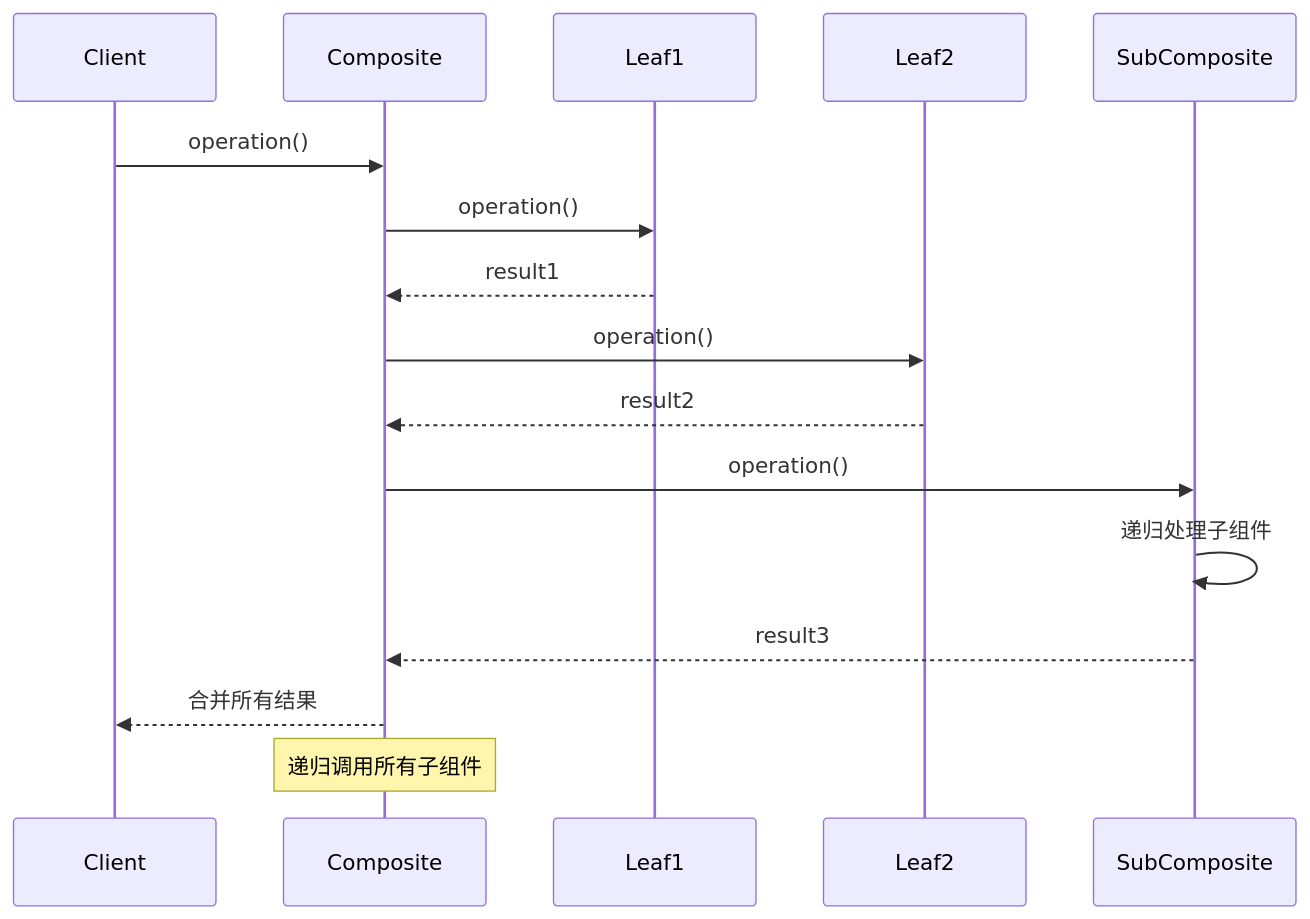
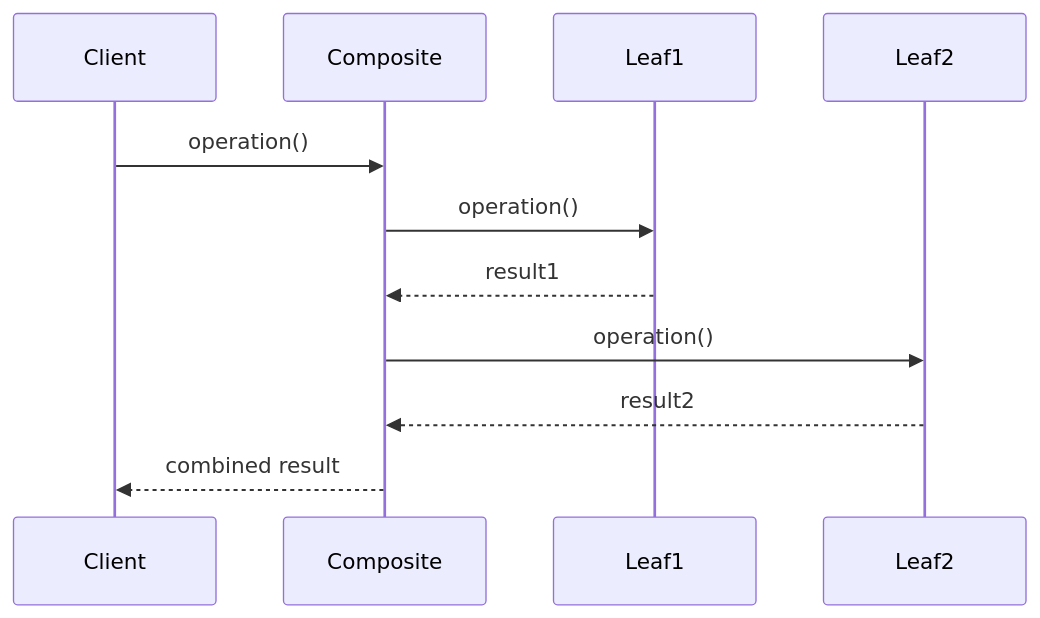
The second of 2 diagrams in resources/design-patterns/laravel/structural/composite_zh.md (fanly/DesignPattern), drawn with Mermaid before and after one commit. The commit also changed other lines of this file and 103 other files, not shown here.

````diff
--- a/resources/design-patterns/laravel/structural/composite_zh.md
+++ b/resources/design-patterns/laravel/structural/composite_zh.md
@@ -95,20 +630,14 @@
 ```mermaid
 sequenceDiagram
     participant Client
     participant Composite
     participant Leaf1
     participant Leaf2
-    participant SubComposite
     
     Client->>Composite: operation()
     Composite->>Leaf1: operation()
     Leaf1-->>Composite: result1
     Composite->>Leaf2: operation()
     Leaf2-->>Composite: result2
-    Composite->>SubComposite: operation()
-    SubComposite->>SubComposite: 递归处理子组件
-    SubComposite-->>Composite: result3
-    Composite-->>Client: 合并所有结果
-    
-    Note over Composite: 递归调用所有子组件
+    Composite-->>Client: combined result
 ```
````
